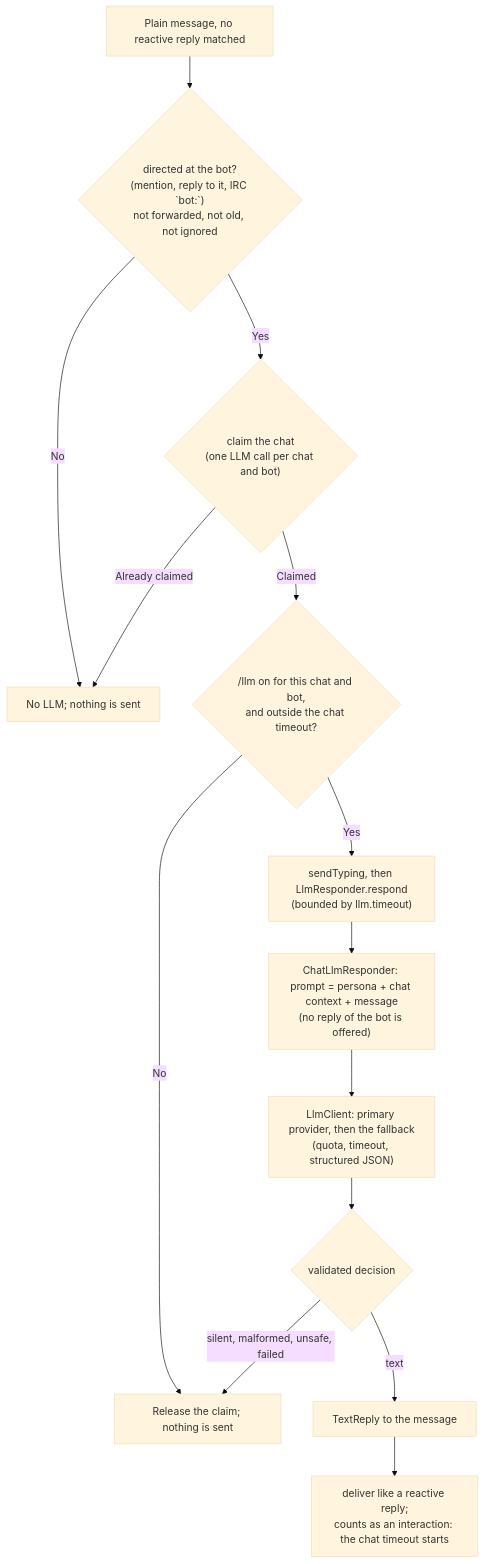
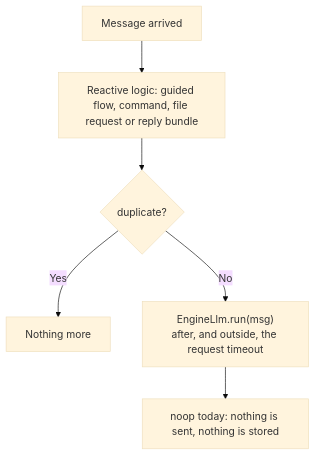
The third of 7 diagrams in docs/bot-logic-overview.md (benkio/sBots), drawn with Mermaid (base theme) before and after one commit. The commit also changed other lines of this file and 78 other files, not shown here.

````diff
--- a/docs/bot-logic-overview.md
+++ b/docs/bot-logic-overview.md
@@ -150,16 +149,8 @@
 ```mermaid
 flowchart TD
-  A["Plain message, no reactive reply matched"] --> B{"directed at the bot?<br/>(mention, reply to it, IRC `bot:`)<br/>not forwarded, not old, not ignored"}
-  B -->|No| Z["No LLM; nothing is sent"]
-  B -->|Yes| C{"claim the chat<br/>(one LLM call per chat and bot)"}
-  C -->|Already claimed| Z
-  C -->|Claimed| D{"/llm on for this chat and bot,<br/>and outside the chat timeout?"}
-  D -->|No| Y["Release the claim; nothing is sent"]
-  D -->|Yes| E["sendTyping, then LlmResponder.respond<br/>(bounded by llm.timeout)"]
-  E --> F["ChatLlmResponder: prompt = persona + chat context + message<br/>(no reply of the bot is offered)"]
-  F --> G["LlmClient: primary provider, then the fallback<br/>(quota, timeout, structured JSON)"]
-  G --> H{"validated decision"}
-  H -->|text| I["TextReply to the message"]
-  H -->|silent, malformed, unsafe, failed| Y
-  I --> K["deliver like a reactive reply;<br/>counts as an interaction: the chat timeout starts"]
+  A["Message arrived"] --> B["Reactive logic: guided flow, command, file request or reply bundle"]
+  B --> C{"duplicate?"}
+  C -->|Yes| Z["Nothing more"]
+  C -->|No| D["EngineLlm.run(msg)<br/>after, and outside, the request timeout"]
+  D --> E["noop today: nothing is sent, nothing is stored"]
 ```
````
